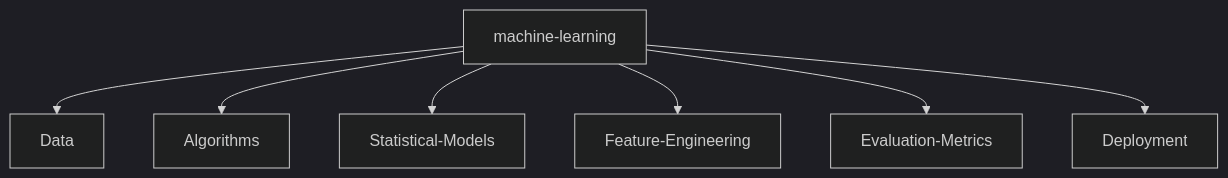
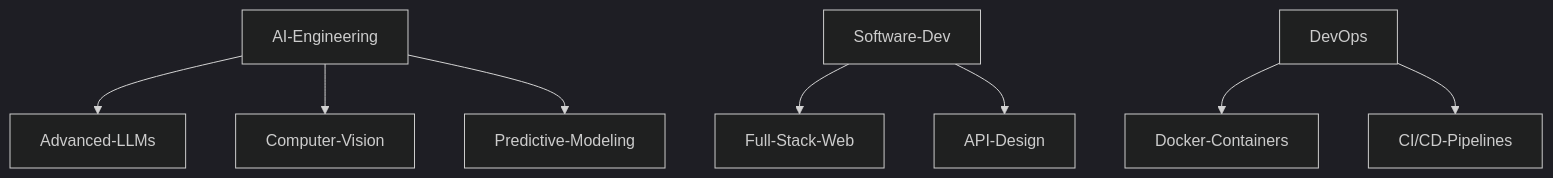
The diagram in README.md (NITISH-R-G/NITISH-R-G), drawn with Mermaid (dark theme) before and after one commit. The commit also changed other lines of this file, not shown here.

````diff
--- a/README.md
+++ b/README.md
@@ -154,9 +91,10 @@
 ```mermaid
 graph TD;
-    machine-learning-->Data;
-    machine-learning-->Algorithms;
-    machine-learning-->Statistical-Models;
-    machine-learning-->Feature-Engineering;
-    machine-learning-->Evaluation-Metrics;
-    machine-learning-->Deployment;
+    AI-Engineering-->Advanced-LLMs;
+    AI-Engineering-->Computer-Vision;
+    AI-Engineering-->Predictive-Modeling;
+    Software-Dev-->Full-Stack-Web;
+    Software-Dev-->API-Design;
+    DevOps-->Docker-Containers;
+    DevOps-->CI/CD-Pipelines;
 ```
````
